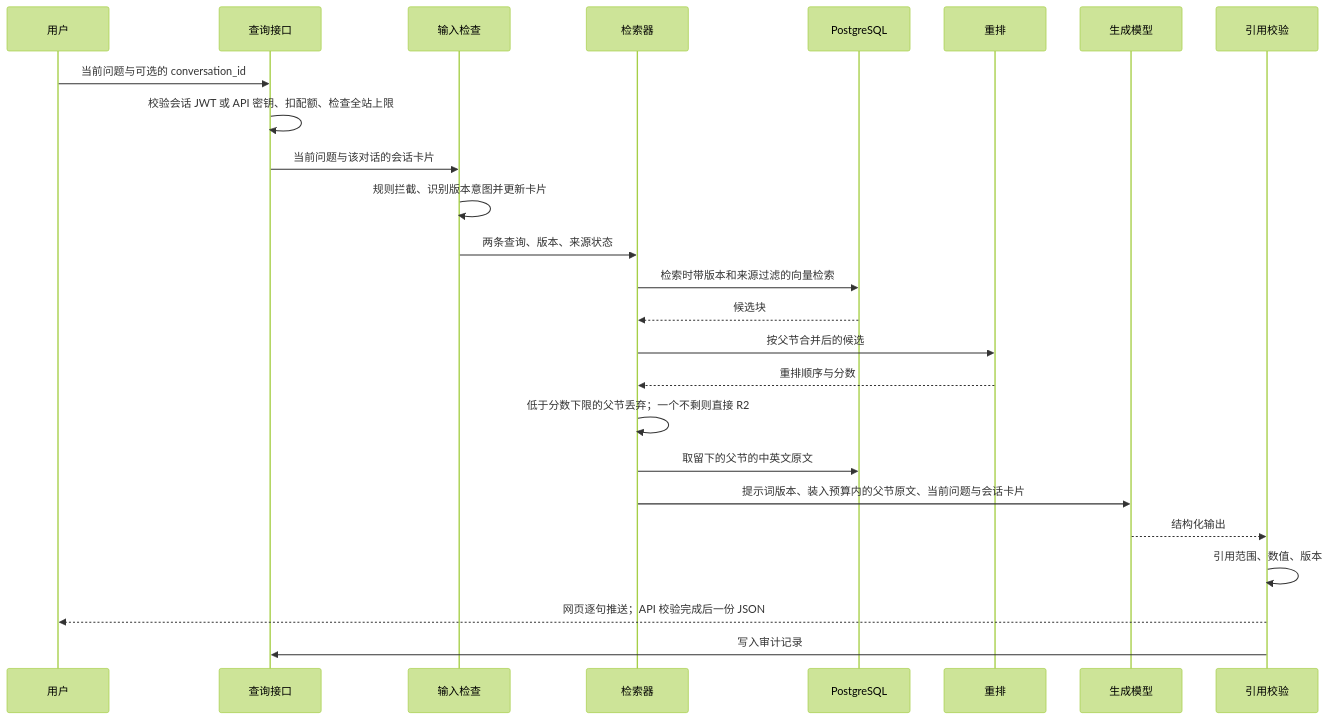
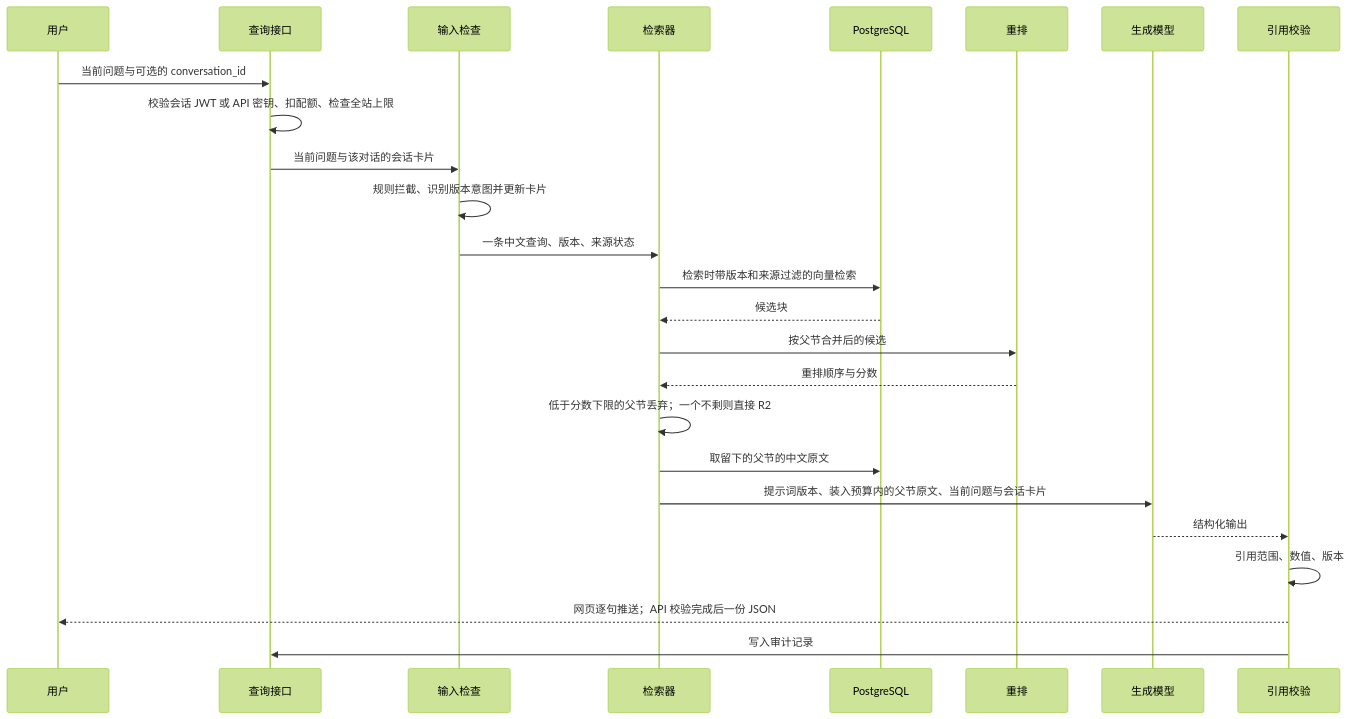
The second of 2 diagrams in design/07-pipelines.md (MingHao00/ElderBrain), drawn with Mermaid (forest theme) before and after one commit. The commit also changed other lines of this file and 125 other files, not shown here.

````diff
--- a/design/07-pipelines.md
+++ b/design/07-pipelines.md
@@ -131,27 +124,27 @@
 ```mermaid
 sequenceDiagram
     participant U as 用户
     participant API as 查询接口
     participant G as 输入检查
     participant R as 检索器
     participant DB as PostgreSQL
     participant RR as 重排
     participant LLM as 生成模型
     participant C as 引用校验
     U->>API: 当前问题与可选的 conversation_id
     API->>API: 校验会话 JWT 或 API 密钥、扣配额、检查全站上限
     API->>G: 当前问题与该对话的会话卡片
     G->>G: 规则拦截、识别版本意图并更新卡片
-    G->>R: 两条查询、版本、来源状态
+    G->>R: 一条中文查询、版本、来源状态
     R->>DB: 检索时带版本和来源过滤的向量检索
     DB-->>R: 候选块
     R->>RR: 按父节合并后的候选
     RR-->>R: 重排顺序与分数
     R->>R: 低于分数下限的父节丢弃；一个不剩则直接 R2
-    R->>DB: 取留下的父节的中英文原文
+    R->>DB: 取留下的父节的中文原文
     R->>LLM: 提示词版本、装入预算内的父节原文、当前问题与会话卡片
     LLM-->>C: 结构化输出
     C->>C: 引用范围、数值、版本
     C-->>U: 网页逐句推送；API 校验完成后一份 JSON
     C->>API: 写入审计记录
 ```
````
